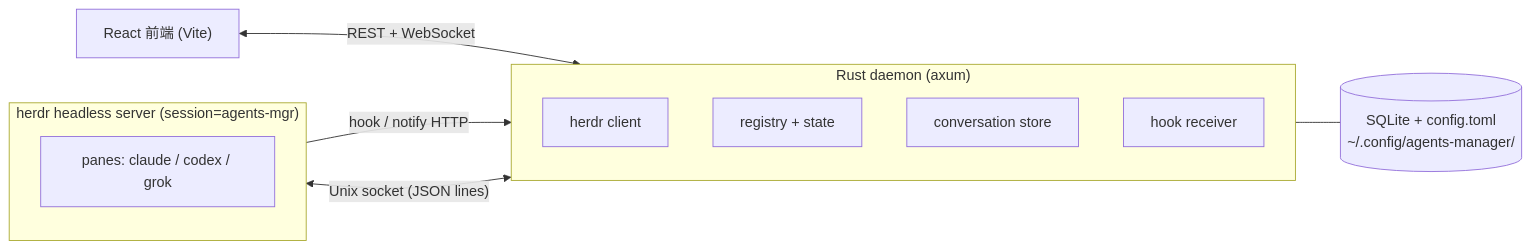
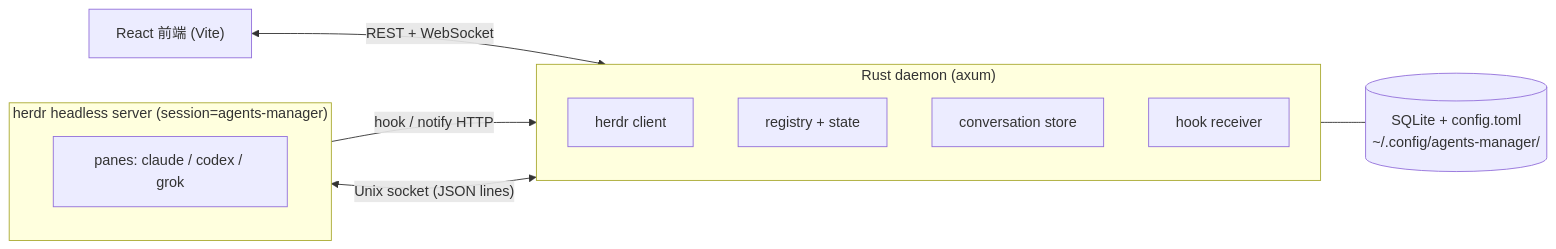
The diagram in README.md (Eden-Sun/agents-manager), drawn with Mermaid before and after one commit. The commit also changed other lines of this file, not shown here.

````diff
--- a/README.md
+++ b/README.md
@@ -9,21 +9,21 @@
 ```mermaid
 flowchart LR
     web["React 前端 (Vite)"]
     subgraph daemon["Rust daemon (axum)"]
         direction TB
         d1["herdr client"]
         d2["registry + state"]
         d3["conversation store"]
         d4["hook receiver"]
     end
     store[("SQLite + config.toml<br/>~/.config/agents-manager/")]
-    subgraph herdr["herdr headless server (session=agents-mgr)"]
+    subgraph herdr["herdr headless server (session=agents-manager)"]
         direction TB
         panes["panes: claude / codex / grok"]
     end
 
     web <-- "REST + WebSocket" --> daemon
     daemon <-- "Unix socket (JSON lines)" --> herdr
     panes -- "hook / notify HTTP" --> d4
     daemon --- store
 ```
````
